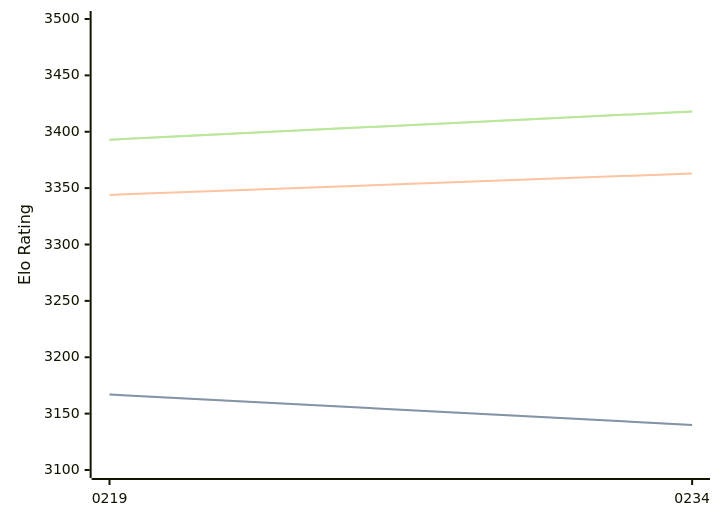
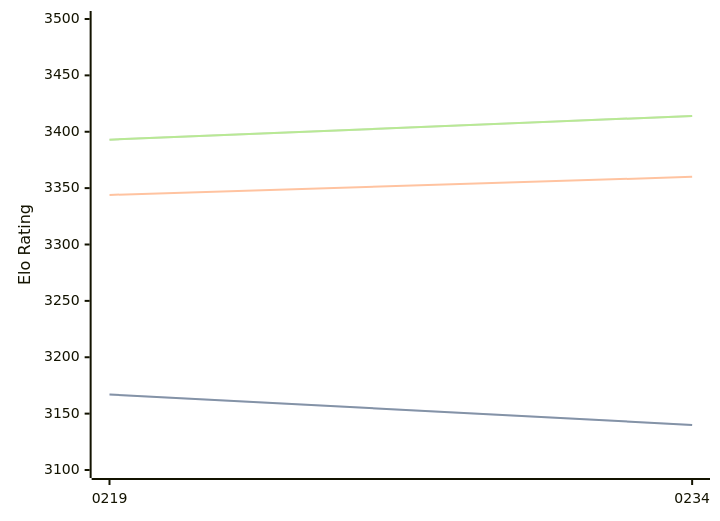
One commit to computer-chess-index/cci changed the diagram in engines/Ynode.md. Above: the diagram before and after it, drawn with Mermaid. The commit also changed other lines of this file, not shown here.

Commit message:
Update CCI Ratings (ELO VLTC) - 2026-03-25

````diff
--- a/engines/Ynode.md
+++ b/engines/Ynode.md
@@ -39,11 +39,11 @@
 ```mermaid
 %%{init: {"theme":"base","themeVariables":{"seriesColors:['#a3a3a3','#222221','#faa371']}}}%%
 xychart-beta
   x-axis ["0219", "0234"]
   y-axis "Elo Rating" 3100 --> 3500
   line "STC (8.0+0.08s)" [3167, 3140]
   line "STC (8.0+0.08s)" [3167, 3140]
-  line "LTC (60.0+0.60s)" [3344, 3363]
-  line "VLTC (2m24s+1.12s)" [3393, 3418]
-  line "VLTC (2m24s+1.12s)" [3393, 3418]
+  line "LTC (60.0+0.60s)" [3344, 3360]
+  line "VLTC (2m24s+1.12s)" [3393, 3414]
+  line "VLTC (2m24s+1.12s)" [3393, 3414]
 ```
````
